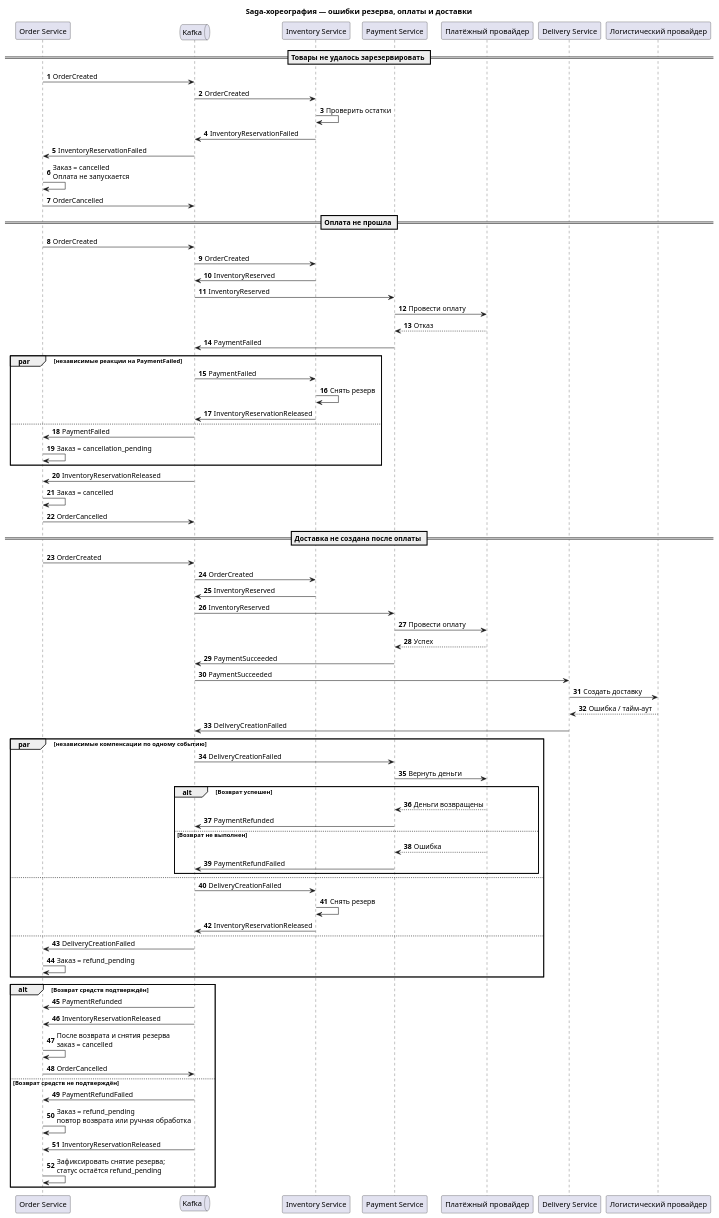
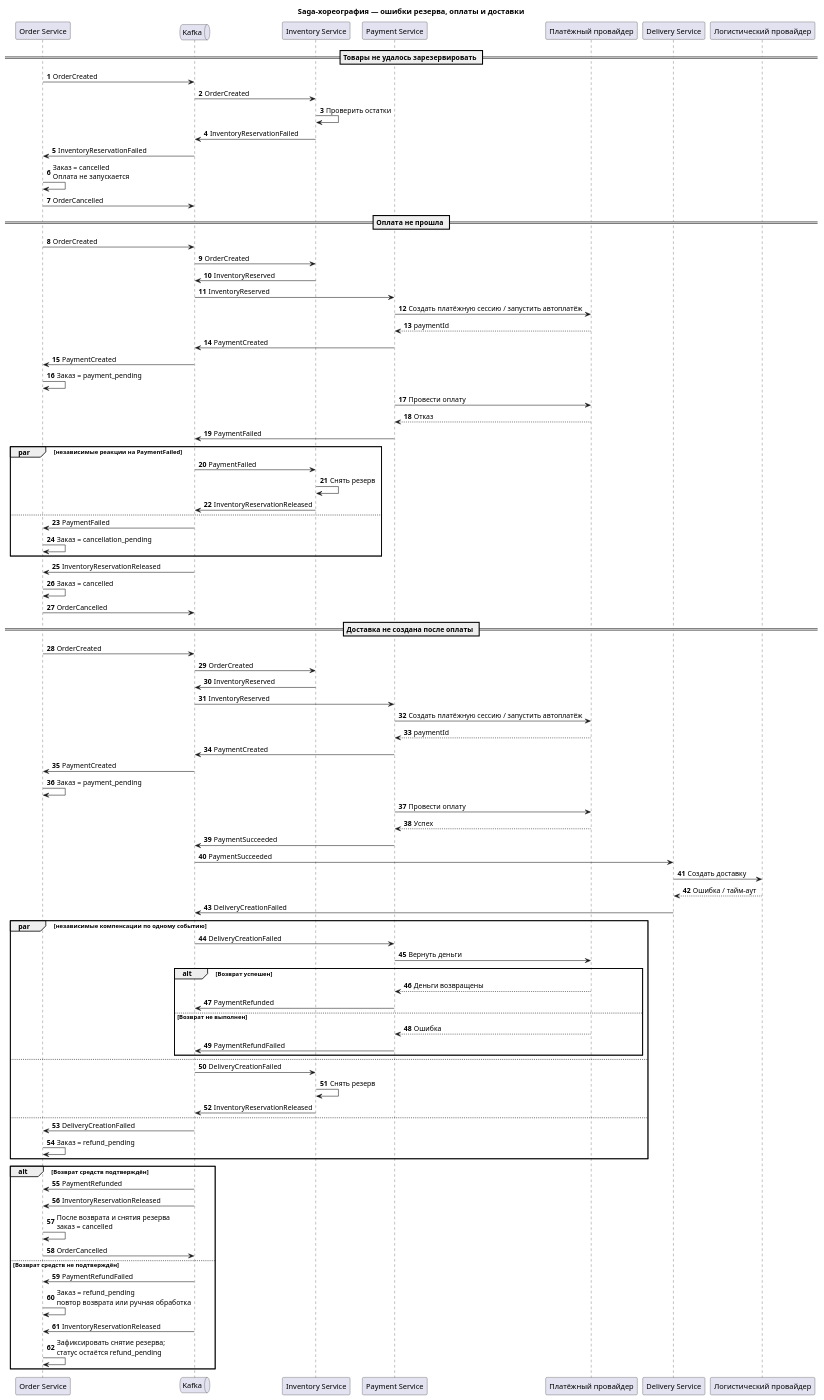
The diagram in Task1/saga-failures.puml (FFinn/MSA-3-NovaMarket-v1), drawn with PlantUML before and after one commit. The commit also changed other lines of this file, not shown here.

Commit message:
Align failed Saga paths with payment creation event

```diff
--- a/Task1/saga-failures.puml
+++ b/Task1/saga-failures.puml
@@ -1,83 +1,93 @@
 @startuml
 title Saga-хореография — ошибки резерва, оплаты и доставки
 autonumber
 participant "Order Service" as O
 queue Kafka as K
 participant "Inventory Service" as I
 participant "Payment Service" as P
 participant "Платёжный провайдер" as PP
 participant "Delivery Service" as D
 participant "Логистический провайдер" as LP
 
 == Товары не удалось зарезервировать ==
 O -> K: OrderCreated
 K -> I: OrderCreated
 I -> I: Проверить остатки
 I -> K: InventoryReservationFailed
 K -> O: InventoryReservationFailed
 O -> O: Заказ = cancelled\nОплата не запускается
 O -> K: OrderCancelled
 
 == Оплата не прошла ==
 O -> K: OrderCreated
 K -> I: OrderCreated
 I -> K: InventoryReserved
 K -> P: InventoryReserved
+P -> PP: Создать платёжную сессию / запустить автоплатёж
+PP --> P: paymentId
+P -> K: PaymentCreated
+K -> O: PaymentCreated
+O -> O: Заказ = payment_pending
 P -> PP: Провести оплату
 PP --> P: Отказ
 P -> K: PaymentFailed
 par независимые реакции на PaymentFailed
   K -> I: PaymentFailed
   I -> I: Снять резерв
   I -> K: InventoryReservationReleased
 else
   K -> O: PaymentFailed
   O -> O: Заказ = cancellation_pending
 end
 K -> O: InventoryReservationReleased
 O -> O: Заказ = cancelled
 O -> K: OrderCancelled
 
 == Доставка не создана после оплаты ==
 O -> K: OrderCreated
 K -> I: OrderCreated
 I -> K: InventoryReserved
 K -> P: InventoryReserved
+P -> PP: Создать платёжную сессию / запустить автоплатёж
+PP --> P: paymentId
+P -> K: PaymentCreated
+K -> O: PaymentCreated
+O -> O: Заказ = payment_pending
 P -> PP: Провести оплату
 PP --> P: Успех
 P -> K: PaymentSucceeded
 K -> D: PaymentSucceeded
 D -> LP: Создать доставку
 LP --> D: Ошибка / тайм-аут
 D -> K: DeliveryCreationFailed
 
 par независимые компенсации по одному событию
   K -> P: DeliveryCreationFailed
   P -> PP: Вернуть деньги
   alt Возврат успешен
     PP --> P: Деньги возвращены
     P -> K: PaymentRefunded
   else Возврат не выполнен
     PP --> P: Ошибка
     P -> K: PaymentRefundFailed
   end
 else
   K -> I: DeliveryCreationFailed
   I -> I: Снять резерв
   I -> K: InventoryReservationReleased
 else
   K -> O: DeliveryCreationFailed
   O -> O: Заказ = refund_pending
 end
 alt Возврат средств подтверждён
   K -> O: PaymentRefunded
   K -> O: InventoryReservationReleased
   O -> O: После возврата и снятия резерва\nзаказ = cancelled
   O -> K: OrderCancelled
 else Возврат средств не подтверждён
   K -> O: PaymentRefundFailed
   O -> O: Заказ = refund_pending\nповтор возврата или ручная обработка
   K -> O: InventoryReservationReleased
   O -> O: Зафиксировать снятие резерва;\nстатус остаётся refund_pending
 end
 @enduml
```
